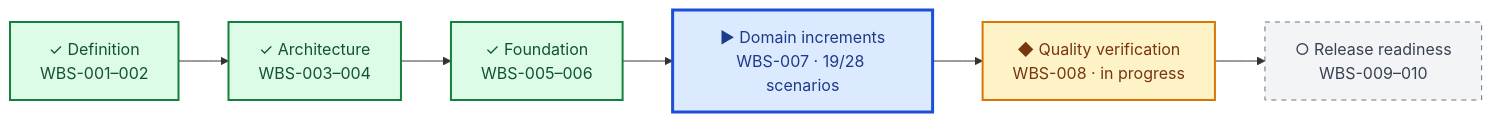
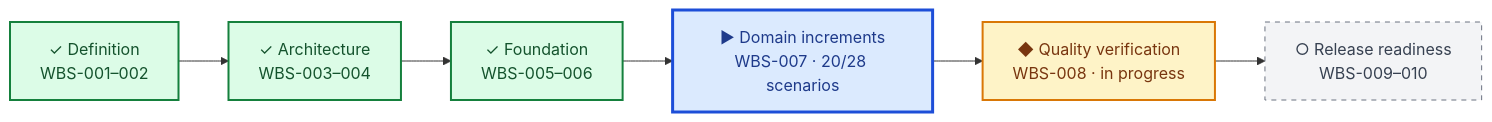
One commit to stoarch/testA2 changed the diagram in DASHBOARD/PROGRESS.md. Above: the diagram before and after it, drawn with Mermaid. The commit also changed other lines of this file and 24 other files, not shown here.

````diff
--- a/DASHBOARD/PROGRESS.md
+++ b/DASHBOARD/PROGRESS.md
@@ -7,17 +7,17 @@
 ```mermaid
 flowchart LR
     M1["✓ Definition<br/>WBS-001–002"] --> M2["✓ Architecture<br/>WBS-003–004"]
     M2 --> M3["✓ Foundation<br/>WBS-005–006"]
-    M3 --> M4["▶ Domain increments<br/>WBS-007 · 19/28 scenarios"]
+    M3 --> M4["▶ Domain increments<br/>WBS-007 · 20/28 scenarios"]
     M4 --> M5["◆ Quality verification<br/>WBS-008 · in progress"]
     M5 --> M6["○ Release readiness<br/>WBS-009–010"]
 
     classDef done fill:#dcfce7,stroke:#15803d,color:#14532d,stroke-width:2px;
     classDef active fill:#dbeafe,stroke:#1d4ed8,color:#1e3a8a,stroke-width:3px;
     classDef parallel fill:#fef3c7,stroke:#d97706,color:#78350f,stroke-width:2px;
     classDef planned fill:#f3f4f6,stroke:#6b7280,color:#374151,stroke-dasharray:5 5;
     class M1,M2,M3 done;
     class M4 active;
     class M5 parallel;
     class M6 planned;
 ```
````
